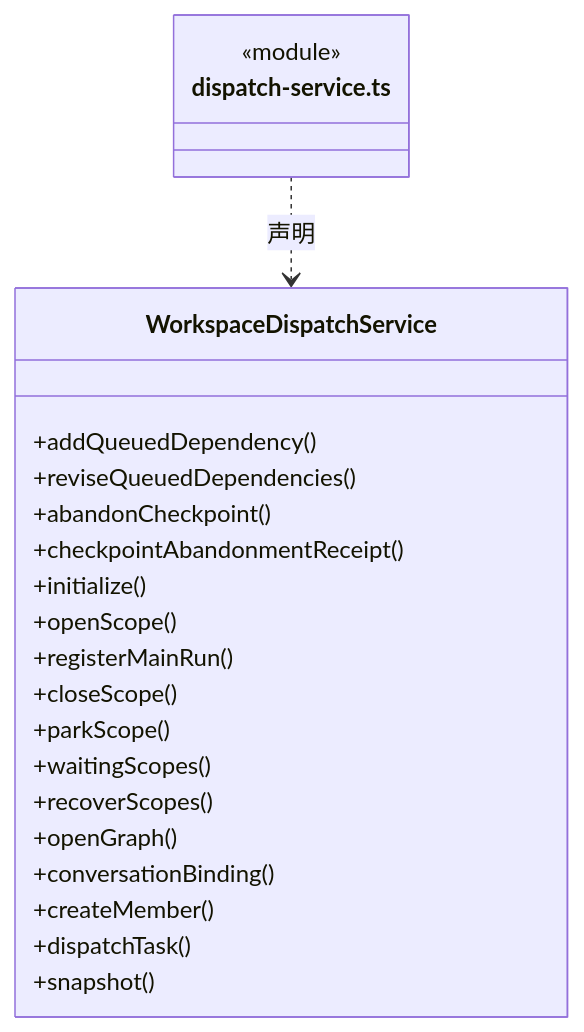
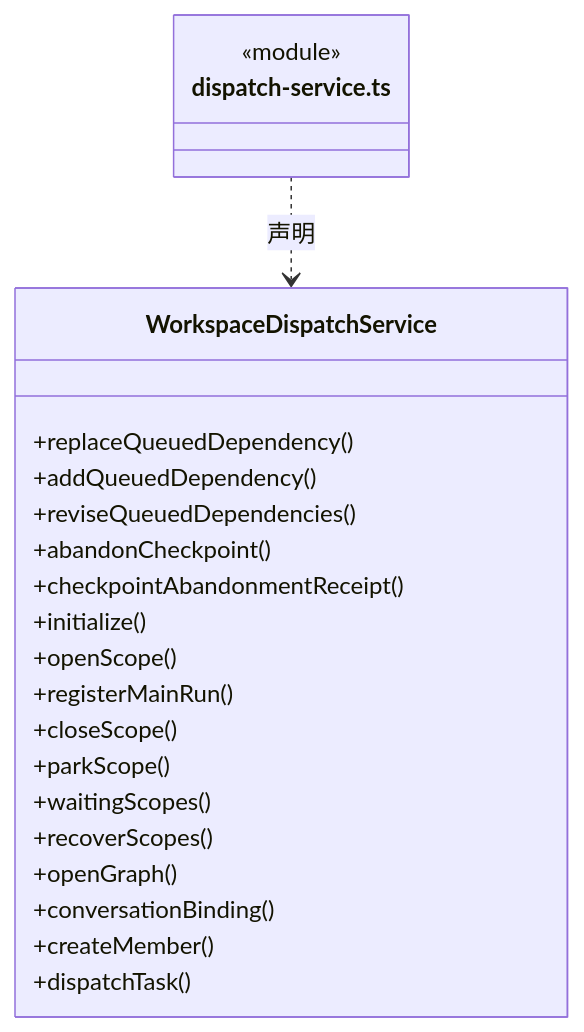
One commit to nan023062/cbim changed the seventh of 14 diagrams in src/backend/scheduler-engine/dispatch/ARCHITECTURE.md. Above: the diagram before and after it, drawn with Mermaid. The commit also changed other lines of this file and 130 other files, not shown here.

````diff
--- a/src/backend/scheduler-engine/dispatch/ARCHITECTURE.md
+++ b/src/backend/scheduler-engine/dispatch/ARCHITECTURE.md
@@ -200,25 +230,25 @@
 ```mermaid
 classDiagram
 class N_src_backend_scheduler_engine_dispatch_dispatch_service_ts["dispatch-service.ts"] {
   <<module>>
 }
 class N_src_backend_scheduler_engine_dispatch_dispatch_service_ts_WorkspaceDispatchService["WorkspaceDispatchService"] {
+  +replaceQueuedDependency()
   +addQueuedDependency()
   +reviseQueuedDependencies()
   +abandonCheckpoint()
   +checkpointAbandonmentReceipt()
   +initialize()
   +openScope()
   +registerMainRun()
   +closeScope()
   +parkScope()
   +waitingScopes()
   +recoverScopes()
   +openGraph()
   +conversationBinding()
   +createMember()
   +dispatchTask()
-  +snapshot()
 }
 N_src_backend_scheduler_engine_dispatch_dispatch_service_ts ..> N_src_backend_scheduler_engine_dispatch_dispatch_service_ts_WorkspaceDispatchService : 声明
 ```
````
